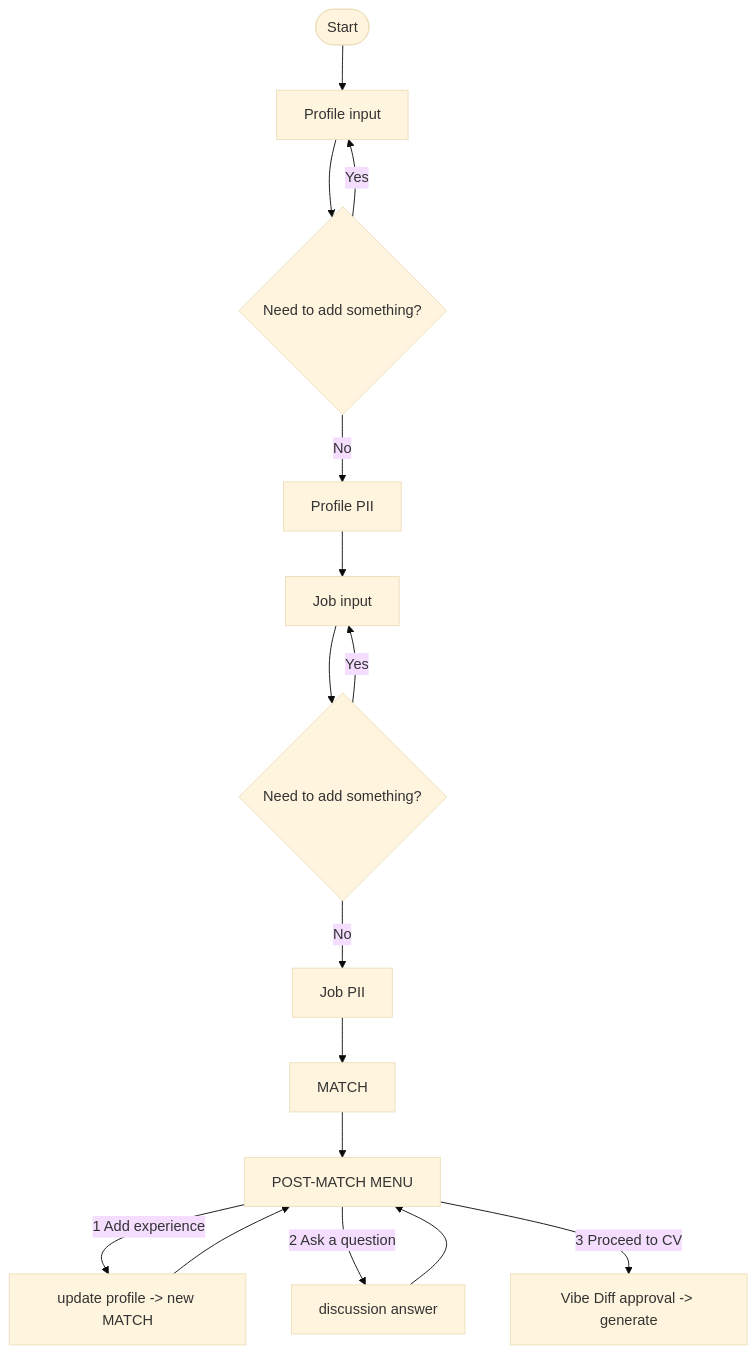
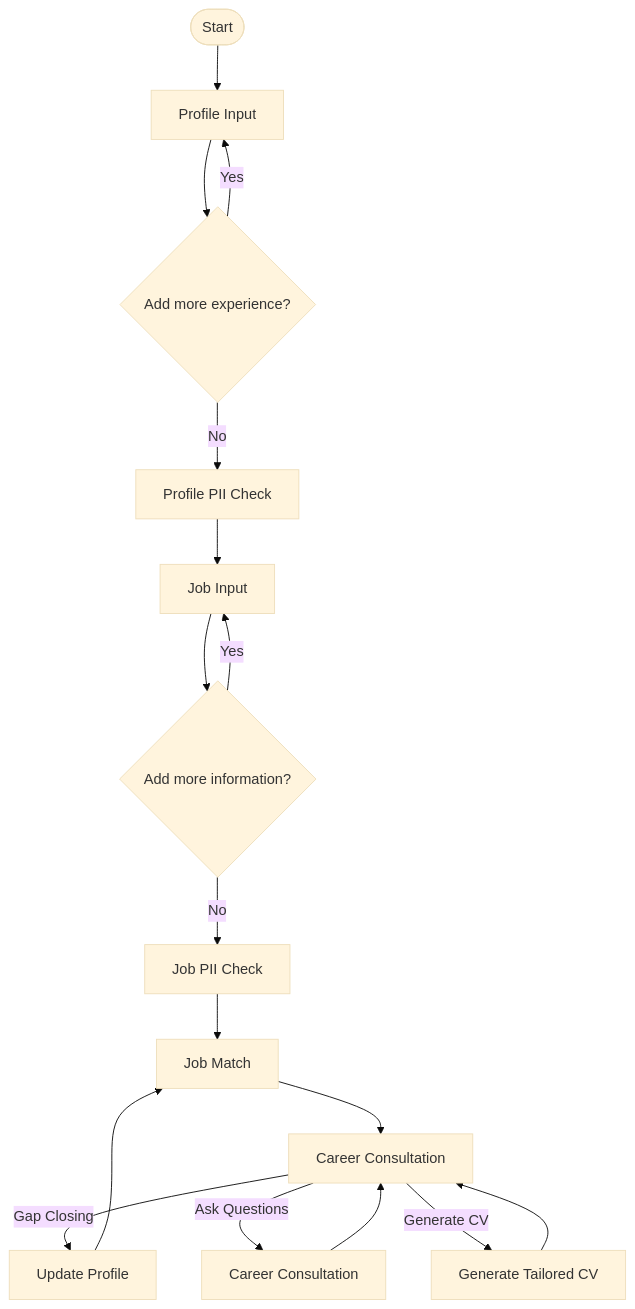
Before and after one commit to igorturtschin/JobMirror: the third of 3 diagrams in README.md, drawn with Mermaid (base theme). The commit also changed other lines of this file and 3 other files, not shown here.

````diff
--- a/README.md
+++ b/README.md
@@ -52,18 +314,34 @@
 ```mermaid
 flowchart TD
-    Start([Start]) --> ProfileInput[Profile input]
-    ProfileInput --> ProfileAdd{Need to add something?}
+    Start([Start])
+
+    Start --> ProfileInput[Profile Input]
+
+    ProfileInput --> ProfileAdd{Add more experience?}
+
     ProfileAdd -->|Yes| ProfileInput
-    ProfileAdd -->|No| ProfilePII[Profile PII]
-    ProfilePII --> JobInput[Job input]
-    JobInput --> JobAdd{Need to add something?}
+    ProfileAdd -->|No| ProfilePII[Profile PII Check]
+
+    ProfilePII --> JobInput[Job Input]
+
+    JobInput --> JobAdd{Add more information?}
+
     JobAdd -->|Yes| JobInput
-    JobAdd -->|No| JobPII[Job PII]
-    JobPII --> Match[MATCH]
-    Match --> Menu[POST-MATCH MENU]
-    Menu -->|1 Add experience| Gap[update profile -> new MATCH]
-    Gap --> Menu
-    Menu -->|2 Ask a question| Answer[discussion answer]
-    Answer --> Menu
-    Menu -->|3 Proceed to CV| CV[Vibe Diff approval -> generate]
+    JobAdd -->|No| JobPII[Job PII Check]
+
+    JobPII --> Match[Job Match]
+
+    Match --> Consultation[Career Consultation]
+
+    Consultation -->|Gap Closing| Gap[Update Profile]
+
+    Gap --> Match
+
+    Consultation -->|Ask Questions| Answer[Career Consultation]
+
+    Answer --> Consultation
+
+    Consultation -->|Generate CV| CV[Generate Tailored CV]
+
+    CV --> Consultation
 ```
````
